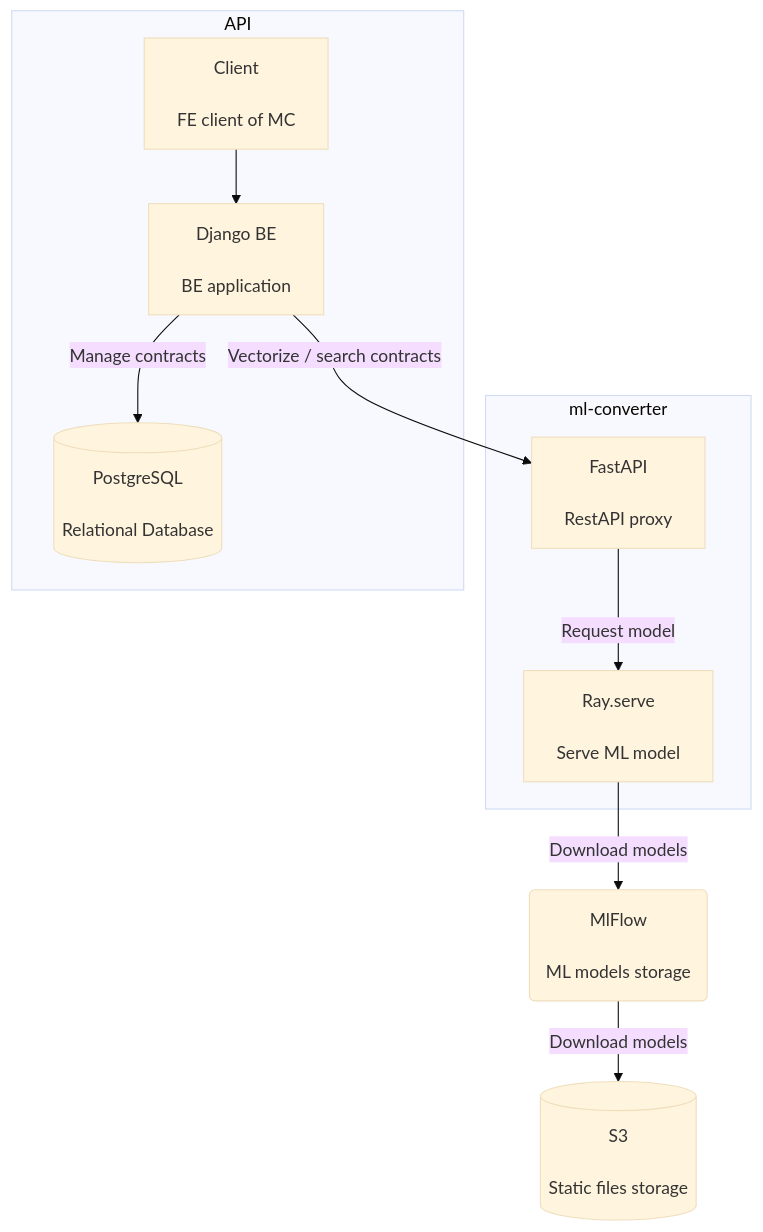
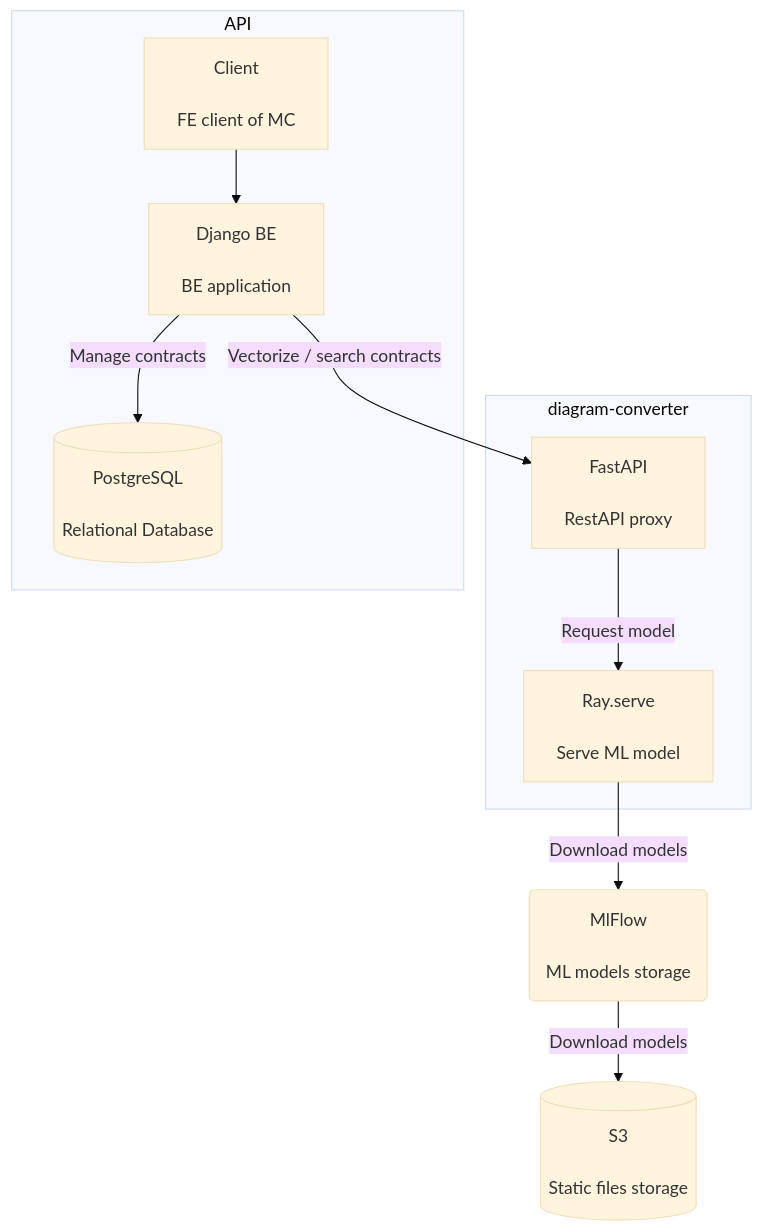
One commit to coaxsoft/cxbootcamp_be_c4 changed the first of 3 diagrams in .docs/diagram_converter.md. Above: the diagram before and after it, drawn with Mermaid (base theme).

Commit message:
Rename subgraph in diagram_converter.md containers

````diff
--- a/.docs/diagram_converter.md
+++ b/.docs/diagram_converter.md
@@ -10,54 +10,54 @@
 ```mermaid
 flowchart TD;
 
 s3[("
     S3
 
     Static files storage
 ")]
 
 mlflow("
     MlFlow
 
     ML models storage
 ")
 
-subgraph ml-converter;
+subgraph diagram-converter;
     serve["
         Ray.serve
 
         Serve ML model
     "]
     fastapi["
         FastAPI
 
         RestAPI proxy
     "]
     fastapi --Request model--> serve;
 end
 
 subgraph "API";
    client["
         Client
 
        FE client of MC
    "]
    api["
       Django BE
 
       BE application
    "]
    db[("
       PostgreSQL
 
       Relational Database
    ")]
    client --> api
    api --Manage contracts--> db
 end
 
 api --Vectorize / search  contracts--> fastapi
 mlflow --Download models--> s3
 
 serve --Download models--> mlflow
 ```
````
